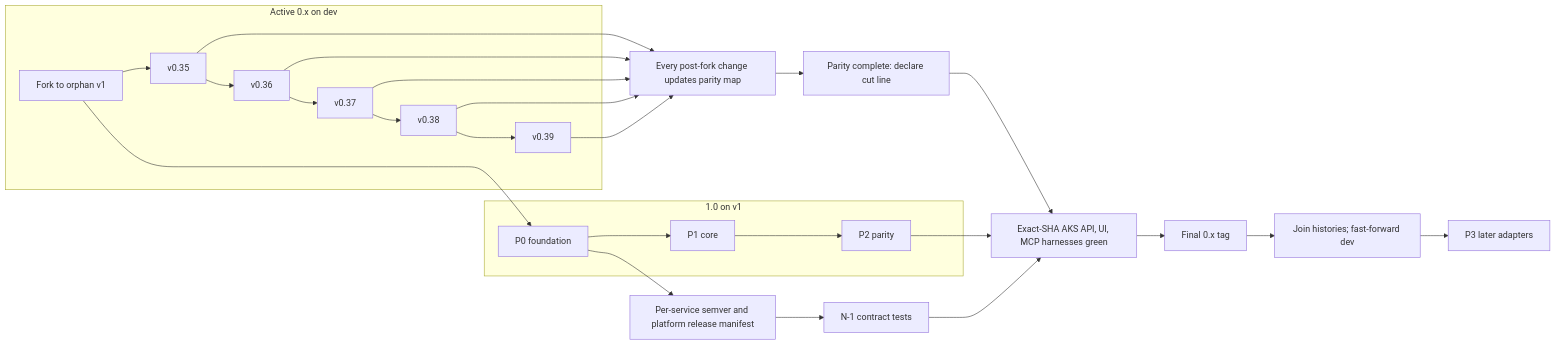
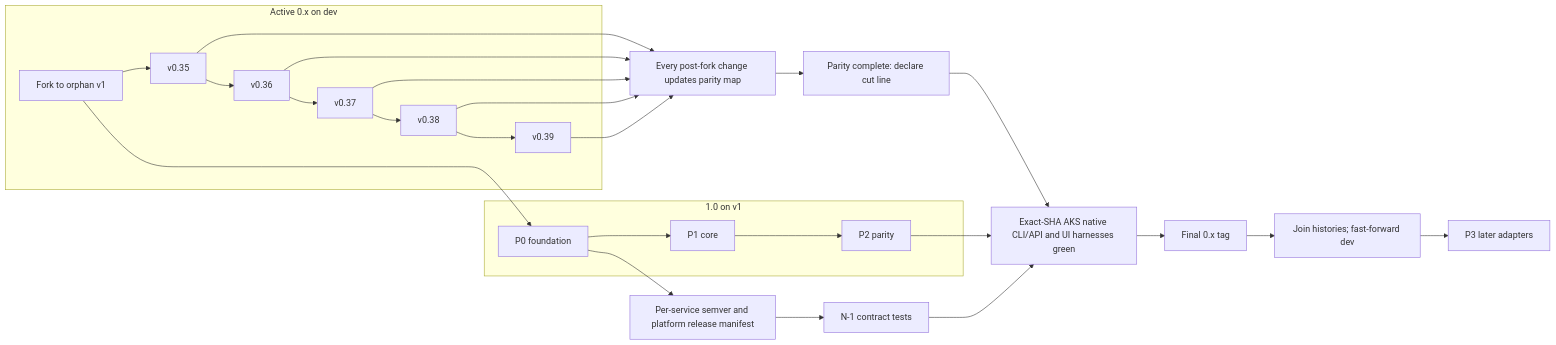
One commit to sabbour/agentweaver changed the third of 3 diagrams in docs/architecture/decisions/0001-platform-architecture.md. Above: the diagram before and after it, drawn with Mermaid. The commit also changed other lines of this file and 22 other files, not shown here.

````diff
--- a/docs/architecture/decisions/0001-platform-architecture.md
+++ b/docs/architecture/decisions/0001-platform-architecture.md
@@ -272,24 +296,24 @@
 ```mermaid
 flowchart LR
     subgraph Legacy["Active 0.x on dev"]
         Fork["Fork to orphan v1"] --> V35["v0.35"] --> V36["v0.36"] --> V37["v0.37"] --> V38["v0.38"] --> V39["v0.39"]
     end
     subgraph New["1.0 on v1"]
         P0["P0 foundation"] --> P1["P1 core"] --> P2["P2 parity"]
     end
     Fork --> P0
     V35 --> Parity["Every post-fork change updates parity map"]
     V36 --> Parity
     V37 --> Parity
     V38 --> Parity
     V39 --> Parity
     P0 --> Release["Per-service semver and platform release manifest"]
     Release --> Contracts["N-1 contract tests"]
     Parity --> CutLine["Parity complete: declare cut line"]
-    CutLine --> Gate["Exact-SHA AKS API, UI, MCP harnesses green"]
+    CutLine --> Gate["Exact-SHA AKS native CLI/API and UI harnesses green"]
     P2 --> Gate
     Contracts --> Gate
     Gate --> Tag["Final 0.x tag"]
     Tag --> Cutover["Join histories; fast-forward dev"]
     Cutover --> P3["P3 later adapters"]
 ```
````
